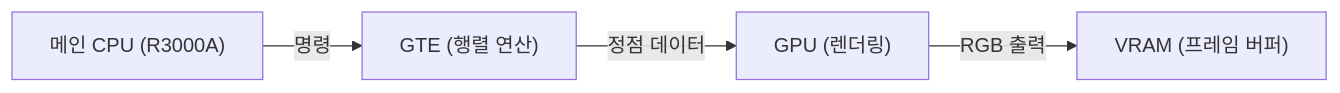
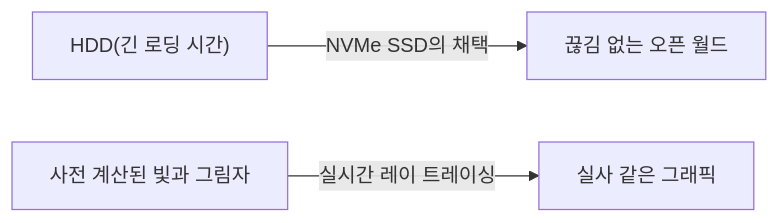
The second of 2 diagrams in content/post/history-of-video-game-consoles/index.ko.md (kenjinote/blog), drawn with Mermaid before and after one commit. The commit also changed other lines of this file and 129 other files, not shown here.

````diff
--- a/content/post/history-of-video-game-consoles/index.ko.md
+++ b/content/post/history-of-video-game-consoles/index.ko.md
@@ -79,6 +61,5 @@
 ```mermaid
 graph LR
-    CPU["메인 CPU (R3000A)"] -- "명령" --> GTE["GTE (행렬 연산)"]
-    GTE -- "정점 데이터" --> GPU["GPU (렌더링)"]
-    GPU -- "RGB 출력" --> VRAM["VRAM (프레임 버퍼)"]
+  A["HDD(긴 로딩 시간)"] -- "NVMe SSD의 채택" --> B["끊김 없는 오픈 월드"]
+  C["사전 계산된 빛과 그림자"] -- "실시간 레이 트레이싱" --> D["실사 같은 그래픽"]
 ```
````
